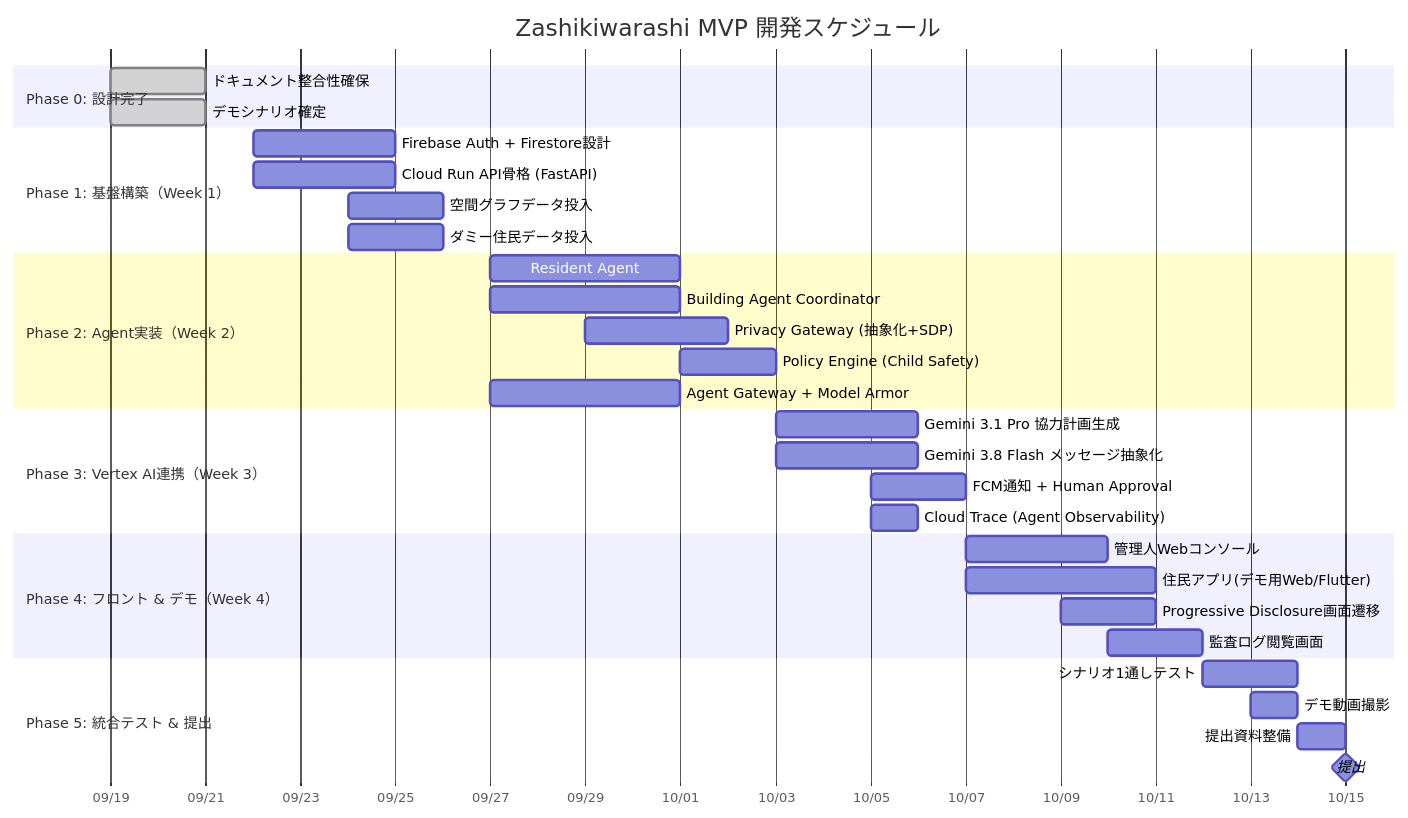
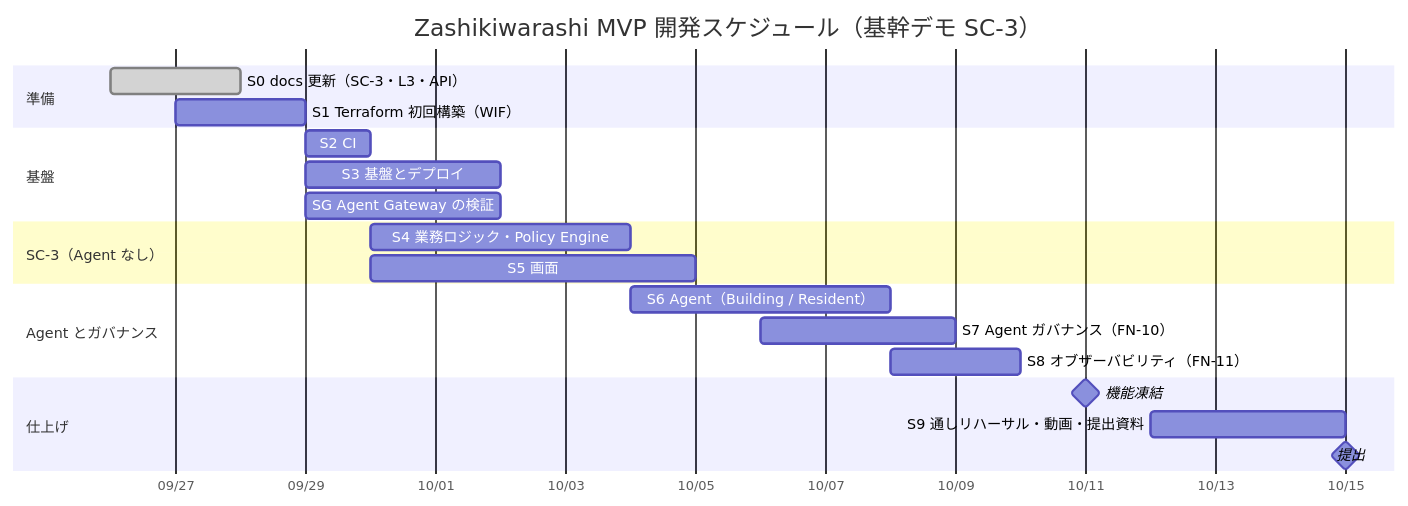
One commit to akakura-hackathon/zashikiwarashi changed the diagram in docs/PLAN.md. Above: the diagram before and after it, drawn with Mermaid. The commit also changed other lines of this file and 5 other files, not shown here.

````diff
--- a/docs/PLAN.md
+++ b/docs/PLAN.md
@@ -66,41 +68,29 @@
 ```mermaid
 gantt
-  title Zashikiwarashi MVP 開発スケジュール
+  title Zashikiwarashi MVP 開発スケジュール（基幹デモ SC-3）
   dateFormat YYYY-MM-DD
   axisFormat %m/%d
 
-  section Phase 0: 設計完了
-  ドキュメント整合性確保          :done, p0_1, 2026-09-19, 2d
-  デモシナリオ確定               :done, p0_2, 2026-09-19, 2d
+  section 準備
+  S0 docs 更新（SC-3・L3・API）       :done, s0, 2026-09-26, 2d
+  S1 Terraform 初回構築（WIF）        :s1, 2026-09-27, 2d
 
-  section Phase 1: 基盤構築（Week 1）
-  Firebase Auth + Firestore設計   :p1_1, 2026-09-22, 3d
-  Cloud Run API骨格 (FastAPI)     :p1_2, 2026-09-22, 3d
-  空間グラフデータ投入            :p1_3, 2026-09-24, 2d
-  ダミー住民データ投入            :p1_4, 2026-09-24, 2d
+  section 基盤
+  S2 CI                               :s2, 2026-09-29, 1d
+  S3 基盤とデプロイ                    :s3, 2026-09-29, 3d
+  SG Agent Gateway の検証             :sg, 2026-09-29, 3d
 
-  section Phase 2: Agent実装（Week 2）
-  Resident Agent                  :p2_1, 2026-09-27, 4d
-  Building Agent Coordinator      :p2_2, 2026-09-27, 4d
-  Privacy Gateway (抽象化+SDP)    :p2_3, 2026-09-29, 3d
-  Policy Engine (Child Safety)    :p2_4, 2026-10-01, 2d
-  Agent Gateway + Model Armor     :p2_5, 2026-09-27, 4d
+  section SC-3（Agent なし）
+  S4 業務ロジック・Policy Engine       :s4, 2026-09-30, 4d
+  S5 画面                             :s5, 2026-09-30, 5d
 
-  section Phase 3: Vertex AI連携（Week 3）
-  Gemini 3.1 Pro 協力計画生成     :p3_1, 2026-10-03, 3d
-  Gemini 3.8 Flash メッセージ抽象化:p3_2, 2026-10-03, 3d
-  FCM通知 + Human Approval        :p3_3, 2026-10-05, 2d
-  Cloud Trace (Agent Observability):p3_4, 2026-10-05, 1d
+  section Agent とガバナンス
+  S6 Agent（Building / Resident）      :s6, 2026-10-04, 4d
+  S7 Agent ガバナンス（FN-10）         :s7, 2026-10-06, 3d
+  S8 オブザーバビリティ（FN-11）        :s8, 2026-10-08, 2d
 
-  section Phase 4: フロント & デモ（Week 4）
-  管理人Webコンソール             :p4_1, 2026-10-07, 3d
-  住民アプリ(デモ用Web/Flutter)   :p4_2, 2026-10-07, 4d
-  Progressive Disclosure画面遷移  :p4_3, 2026-10-09, 2d
-  監査ログ閲覧画面               :p4_4, 2026-10-10, 2d
-
-  section Phase 5: 統合テスト & 提出
-  シナリオ1通しテスト             :p5_1, 2026-10-12, 2d
-  デモ動画撮影                   :p5_2, 2026-10-13, 1d
-  提出資料整備                   :p5_3, 2026-10-14, 1d
-  提出                           :milestone, p5_4, 2026-10-15, 0d
+  section 仕上げ
+  機能凍結                             :milestone, m1, 2026-10-11, 0d
+  S9 通しリハーサル・動画・提出資料     :s9, 2026-10-12, 3d
+  提出                                 :milestone, m2, 2026-10-15, 0d
 ```
````
